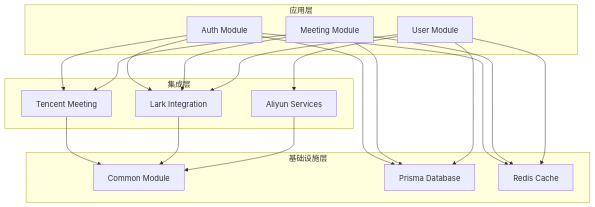
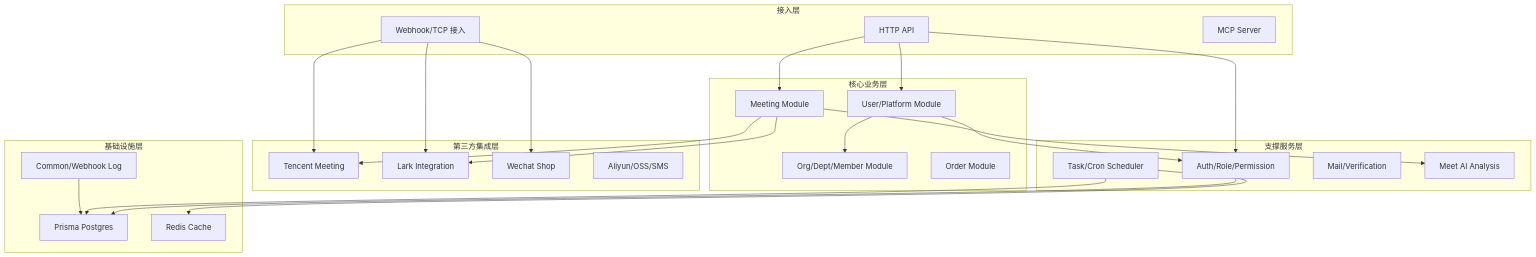
Before and after one commit to lulabs-org/nove-api: the diagram in docs/developer/architecture/project-structure.md, drawn with Mermaid. The commit also changed other lines of this file and 14 other files, not shown here.

````diff
--- a/docs/developer/architecture/project-structure.md
+++ b/docs/developer/architecture/project-structure.md
@@ -253,39 +72,54 @@
 ```mermaid
 graph TB
-    subgraph 应用层[应用层]
-        Auth[Auth Module]
-        Meeting[Meeting Module]
-        User[User Module]
+    subgraph 接入层
+        Hook[Webhook/TCP 接入]
+        API[HTTP API]
+        MCP[MCP Server]
     end
 
-    subgraph 集成层[集成层]
+    subgraph 核心业务层
+        Meeting[Meeting Module]
+        User[User/Platform Module]
+        Org[Org/Dept/Member Module]
+        Order[Order Module]
+    end
+
+    subgraph 支撑服务层
+        Auth[Auth/Role/Permission]
+        Task[Task/Cron Scheduler]
+        Mail[Mail/Verification]
+        MeetAI[Meet AI Analysis]
+    end
+
+    subgraph 第三方集成层
         Tencent[Tencent Meeting]
         Lark[Lark Integration]
-        Aliyun[Aliyun Services]
+        Wechat[Wechat Shop]
+        Aliyun[Aliyun/OSS/SMS]
     end
 
-    subgraph 基础设施层[基础设施层]
-        Common[Common Module]
-        Prisma[Prisma Database]
+    subgraph 基础设施层
+        Common[Common/Webhook Log]
+        Prisma[Prisma Postgres]
         Redis[Redis Cache]
     end
 
-    Auth --> Tencent
-    Auth --> Lark
+    Hook --> Tencent
+    Hook --> Lark
+    Hook --> Wechat
+    API --> Auth
+    API --> Meeting
+    API --> User
+    
+    Meeting --> MeetAI
     Meeting --> Tencent
     Meeting --> Lark
-    User --> Lark
-    User --> Aliyun
-
-    Tencent --> Common
-    Lark --> Common
-    Aliyun --> Common
-
+    
+    User --> Org
+    User --> Auth
+    
     Auth --> Prisma
-    Meeting --> Prisma
-    User --> Prisma
-
-    Auth --> Redis
-    Meeting --> Redis
-    User --> Redis
+    Task --> Redis
+    Task --> Prisma
+    Common --> Prisma
 ```
````
